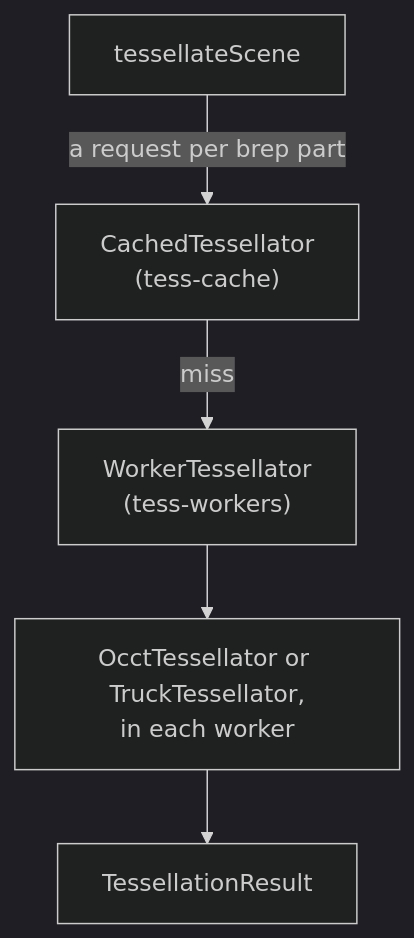
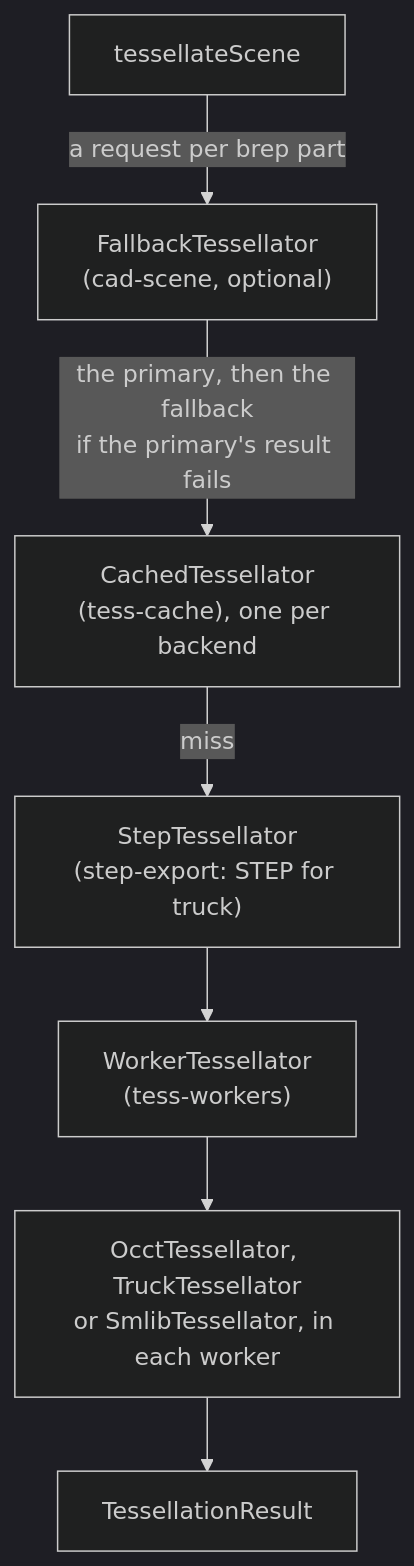
One commit to martyvona/cad-io-js changed the sixth of 6 diagrams in README.md. Above: the diagram before and after it, drawn with Mermaid (dark theme). The commit also changed other lines of this file and 42 other files, not shown here.

````diff
--- a/README.md
+++ b/README.md
@@ -552,7 +556,9 @@
 ```mermaid
 flowchart TD
-  ts["tessellateScene"] -->|"a request per brep part"| cache["CachedTessellator<br/>(tess-cache)"]
-  cache -->|miss| pool["WorkerTessellator<br/>(tess-workers)"]
-  pool --> backend["OcctTessellator or TruckTessellator,<br/>in each worker"]
+  ts["tessellateScene"] -->|"a request per brep part"| fb["FallbackTessellator<br/>(cad-scene, optional)"]
+  fb -->|"the primary, then the fallback<br/>if the primary's result fails"| cache["CachedTessellator<br/>(tess-cache), one per backend"]
+  cache -->|miss| step["StepTessellator<br/>(step-export: STEP for truck)"]
+  step --> pool["WorkerTessellator<br/>(tess-workers)"]
+  pool --> backend["OcctTessellator, TruckTessellator<br/>or SmlibTessellator, in each worker"]
   backend --> result["TessellationResult"]
 ```
````
